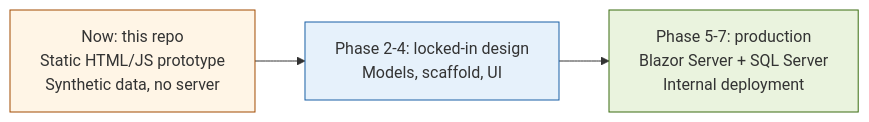
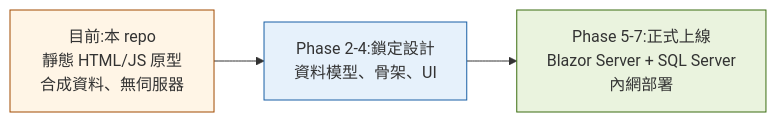
The diagram in README.md (weixiang1130/Monthly-Cost-Control-Report), drawn with Mermaid before and after one commit. The commit also changed other lines of this file and 5 other files, not shown here.

````diff
--- a/README.md
+++ b/README.md
@@ -9,12 +9,12 @@
 ```mermaid
 flowchart LR
-    Now["Now: this repo<br/>Static HTML/JS prototype<br/>Synthetic data, no server"]
-    Mid["Phase 2-4: locked-in design<br/>Models, scaffold, UI"]
-    Then["Phase 5-7: production<br/>Blazor Server + SQL Server<br/>Internal deployment"]
+    Now["目前:本 repo<br/>靜態 HTML/JS 原型<br/>合成資料、無伺服器"]
+    Mid["Phase 2-4:鎖定設計<br/>資料模型、骨架、UI"]
+    Then["Phase 5-7:正式上線<br/>Blazor Server + SQL Server<br/>內網部署"]
 
     Now --> Mid --> Then
 
     style Now fill:#fff5e6,stroke:#a14a00
     style Mid fill:#e6f1fb,stroke:#185fa5
     style Then fill:#eaf3de,stroke:#3b6d11
 ```
````
